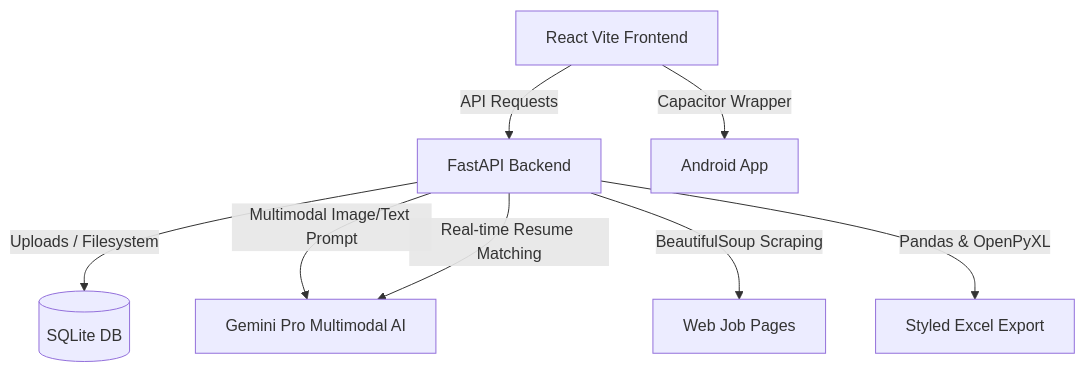
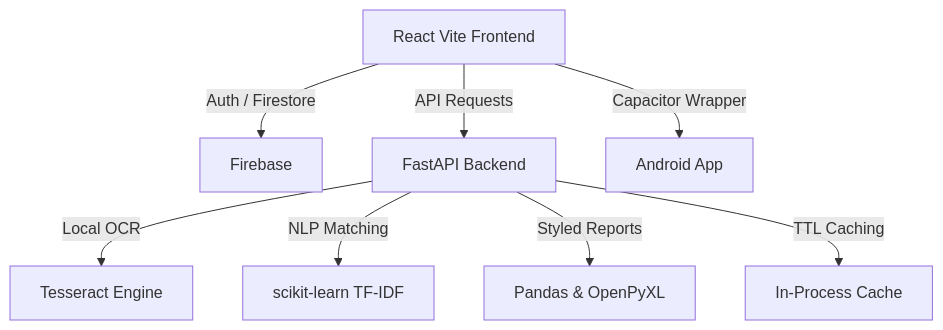
Before and after one commit to Harshvardhan210/ZenJob: the diagram in README.md, drawn with Mermaid. The commit also changed other lines of this file and 3 other files, not shown here.

Commit message:
Update README to reflect current local extraction and Firebase implementation

````diff
--- a/README.md
+++ b/README.md
@@ -45,10 +45,10 @@
 ```mermaid
 graph TD
-    A[React Vite Frontend] -->|API Requests| B[FastAPI Backend]
+    A[React Vite Frontend] -->|Auth / Firestore| B[Firebase]
+    A -->|API Requests| C[FastAPI Backend]
     A -->|Capacitor Wrapper| Mob[Android App]
-    B -->|Uploads / Filesystem| C[(SQLite DB)]
-    B -->|Multimodal Image/Text Prompt| D[Gemini Pro Multimodal AI]
-    B -->|Real-time Resume Matching| D
-    B -->|BeautifulSoup Scraping| E[Web Job Pages]
-    B -->|Pandas & OpenPyXL| F[Styled Excel Export]
+    C -->|Local OCR| D[Tesseract Engine]
+    C -->|NLP Matching| E[scikit-learn TF-IDF]
+    C -->|Styled Reports| F[Pandas & OpenPyXL]
+    C -->|TTL Caching| G[In-Process Cache]
 ```
````
